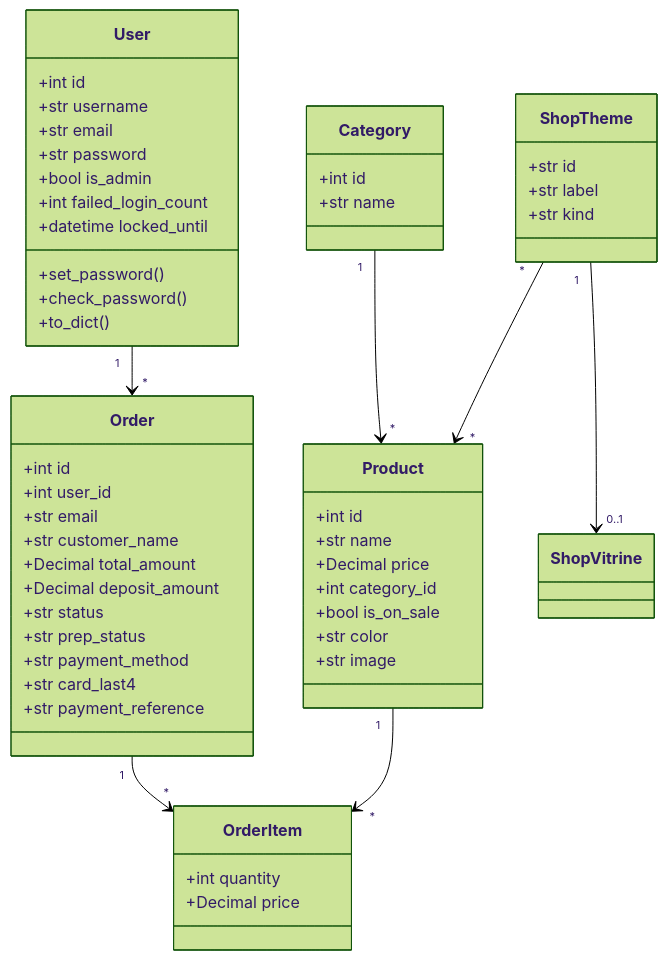
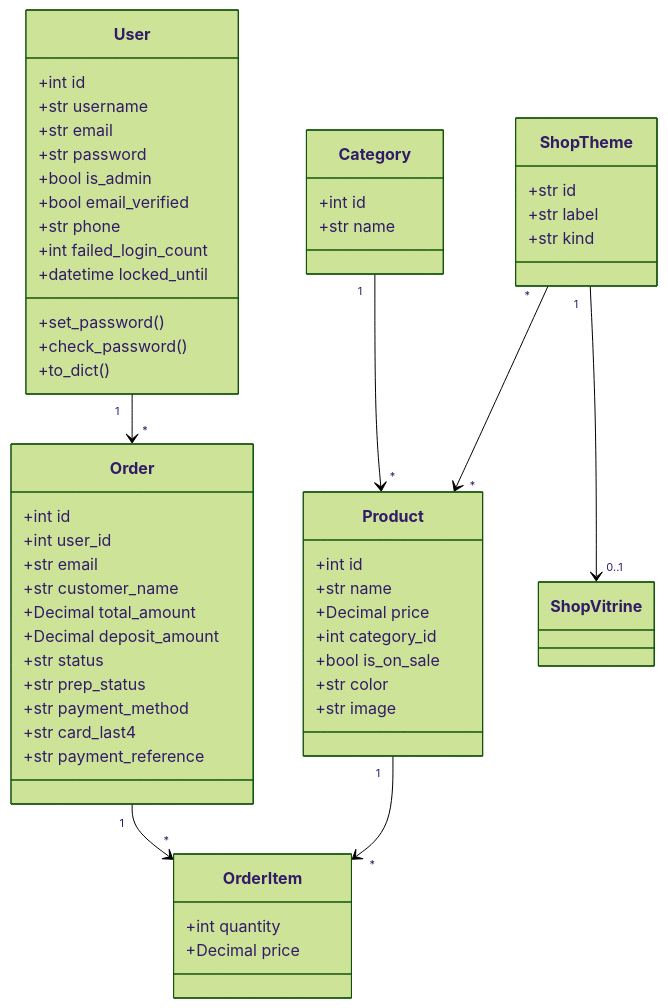
Before and after one commit to Issercio/Demo-day: the second of 2 diagrams in README.md, drawn with Mermaid (forest theme). The commit also changed other lines of this file and 30 other files, not shown here.

````diff
--- a/README.md
+++ b/README.md
@@ -294,56 +296,58 @@
 ```mermaid
 classDiagram
   class User {
     +int id
     +str username
     +str email
     +str password
     +bool is_admin
+    +bool email_verified
+    +str phone
     +int failed_login_count
     +datetime locked_until
     +set_password()
     +check_password()
     +to_dict()
   }
   class Product {
     +int id
     +str name
     +Decimal price
     +int category_id
     +bool is_on_sale
     +str color
     +str image
   }
   class Category {
     +int id
     +str name
   }
   class Order {
     +int id
     +int user_id
     +str email
     +str customer_name
     +Decimal total_amount
     +Decimal deposit_amount
     +str status
     +str prep_status
     +str payment_method
     +str card_last4
     +str payment_reference
   }
   class OrderItem {
     +int quantity
     +Decimal price
   }
   class ShopTheme {
     +str id
     +str label
     +str kind
   }
   User "1" --> "*" Order
   Category "1" --> "*" Product
   Order "1" --> "*" OrderItem
   Product "1" --> "*" OrderItem
   ShopTheme "*" --> "*" Product
   ShopTheme "1" --> "0..1" ShopVitrine
 ```
````
